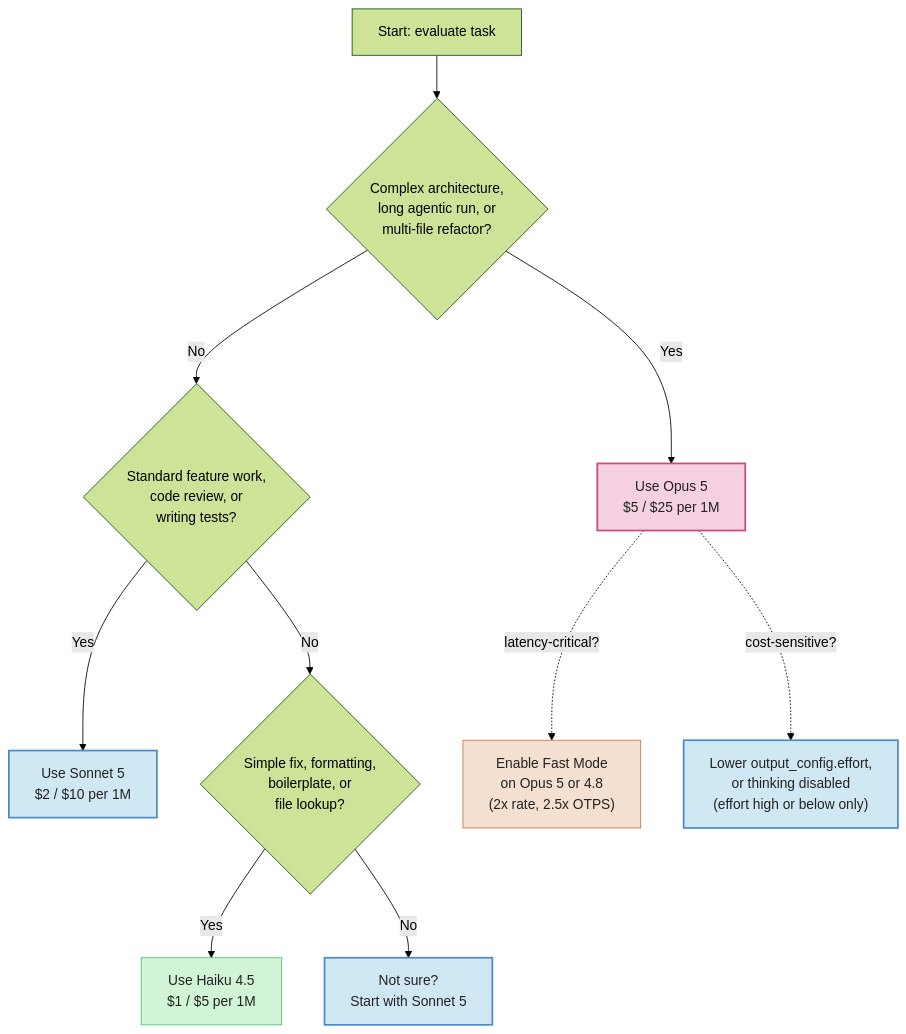
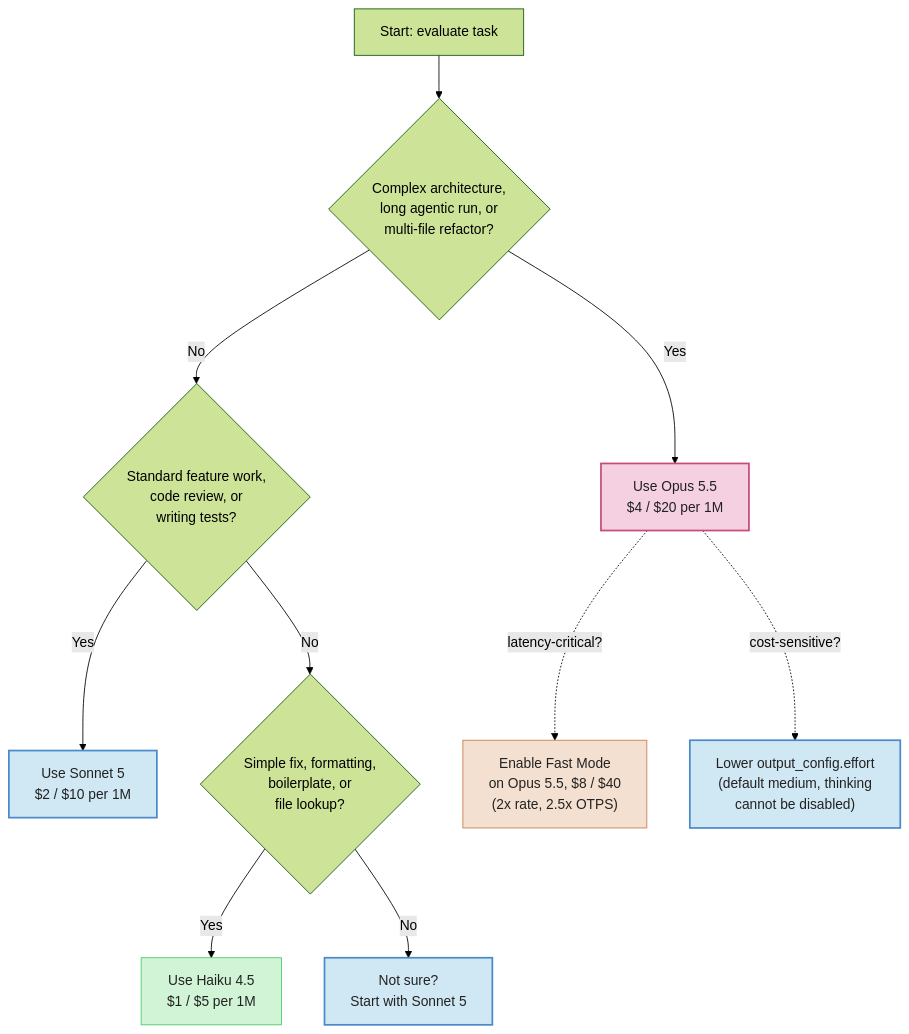
Before and after one commit to Sagargupta16/claude-cost-optimizer: the second of 5 diagrams in guides/diagrams.md, drawn with Mermaid (forest theme). The commit also changed other lines of this file and 79 other files, not shown here.

````diff
--- a/guides/diagrams.md
+++ b/guides/diagrams.md
@@ -83,23 +85,23 @@
 ```mermaid
 flowchart TD
     A[Start: evaluate task] --> B{"Complex architecture,<br/>long agentic run, or<br/>multi-file refactor?"}
-    B -- Yes --> C["Use Opus 5<br/>$5 / $25 per 1M"]
+    B -- Yes --> C["Use Opus 5.5<br/>$4 / $20 per 1M"]
     B -- No --> D{"Standard feature work,<br/>code review, or<br/>writing tests?"}
     D -- Yes --> E["Use Sonnet 5<br/>$2 / $10 per 1M"]
     D -- No --> F{"Simple fix, formatting,<br/>boilerplate, or<br/>file lookup?"}
     F -- Yes --> G["Use Haiku 4.5<br/>$1 / $5 per 1M"]
     F -- No --> H["Not sure?<br/>Start with Sonnet 5"]
 
-    C -. "latency-critical?" .-> C2["Enable Fast Mode<br/>on Opus 5 or 4.8<br/>(2x rate, 2.5x OTPS)"]
-    C -. "cost-sensitive?" .-> C3["Lower output_config.effort,<br/>or thinking disabled<br/>(effort high or below only)"]
+    C -. "latency-critical?" .-> C2["Enable Fast Mode<br/>on Opus 5.5, $8 / $40<br/>(2x rate, 2.5x OTPS)"]
+    C -. "cost-sensitive?" .-> C3["Lower output_config.effort<br/>(default medium, thinking<br/>cannot be disabled)"]
 
     classDef flagship fill:#f4d0e0,stroke:#c94a7a,stroke-width:2px,color:#222
     classDef fast fill:#f4e0d0,stroke:#c97a4a,color:#222
     classDef mid fill:#d0e8f4,stroke:#4a8ac9,stroke-width:2px,color:#222
     classDef low fill:#d0f4d5,stroke:#4ac96a,color:#222
 
     class C flagship
     class C2 fast
     class C3,E,H mid
     class G low
 ```
````
